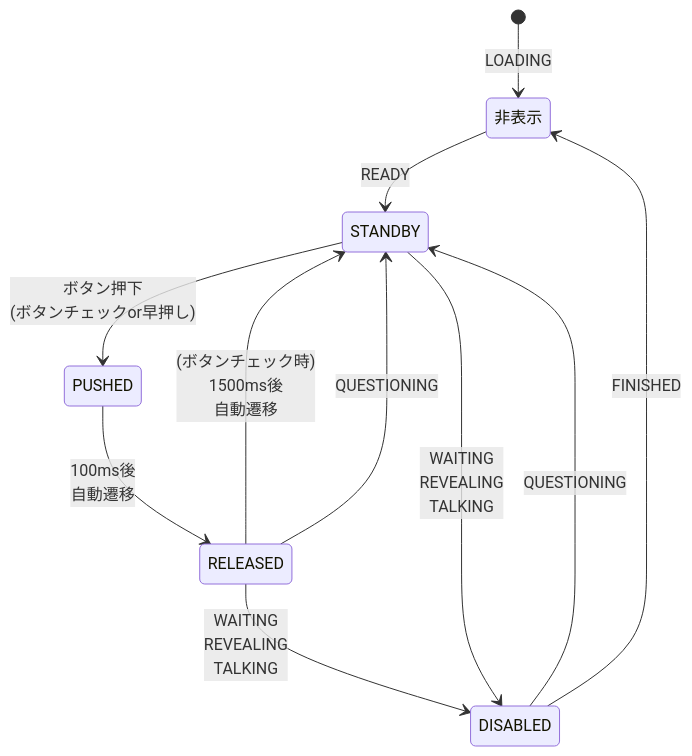
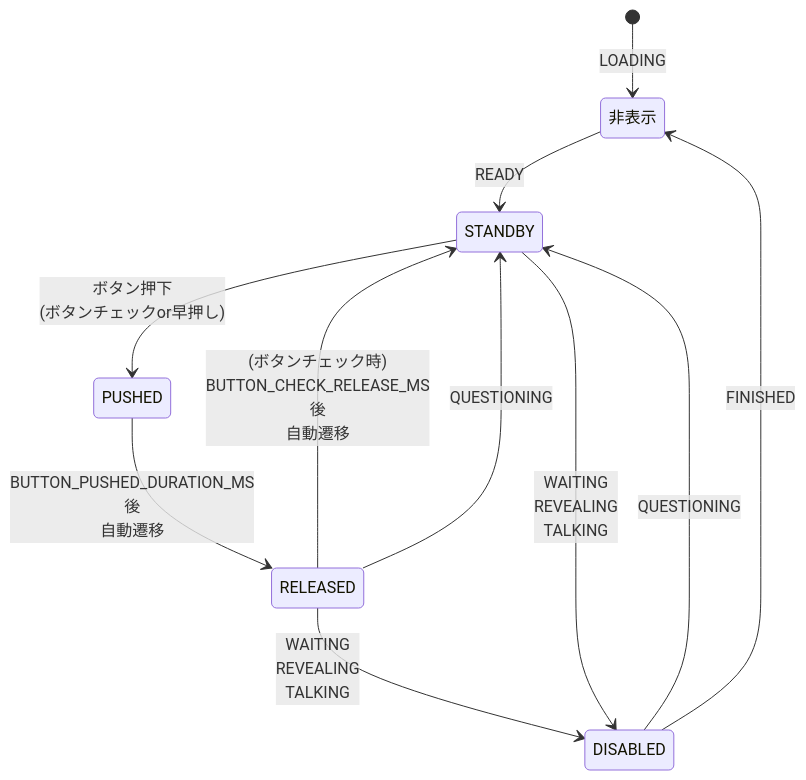
Before and after one commit to t-yokota/youtube-quiz-battle: the third of 8 diagrams in docs/design.md, drawn with Mermaid. The commit also changed other lines of this file, not shown here.

````diff
--- a/docs/design.md
+++ b/docs/design.md
@@ -250,19 +281,19 @@
 ```mermaid
 stateDiagram-v2
   [*] --> 非表示 : LOADING
   非表示 --> STANDBY : READY
 
-  %% ユーザー操作起因の遷移（ボタンチェック＆早押し）
+  %% ユーザー操作起因の遷移（ボタンチェック＆早押し。ボタンチェックOFF時のREADYはこの遷移列を経由せず即TALKING）
   STANDBY --> PUSHED : ボタン押下<br>(ボタンチェックor早押し)
-  PUSHED --> RELEASED : 100ms後<br>自動遷移
-  RELEASED --> STANDBY : (ボタンチェック時)<br>1500ms後<br>自動遷移
+  PUSHED --> RELEASED : BUTTON_PUSHED_DURATION_MS後<br>自動遷移
+  RELEASED --> STANDBY : (ボタンチェック時)<br>BUTTON_CHECK_RELEASE_MS後<br>自動遷移
 
   %% 解答結果・状態変化による遷移
   RELEASED --> STANDBY : QUESTIONING
   RELEASED --> DISABLED : WAITING<br>REVEALING<br>TALKING
 
   STANDBY --> DISABLED : WAITING<br>REVEALING<br>TALKING
 
   DISABLED --> STANDBY : QUESTIONING
   DISABLED --> 非表示 : FINISHED
 ```
````
